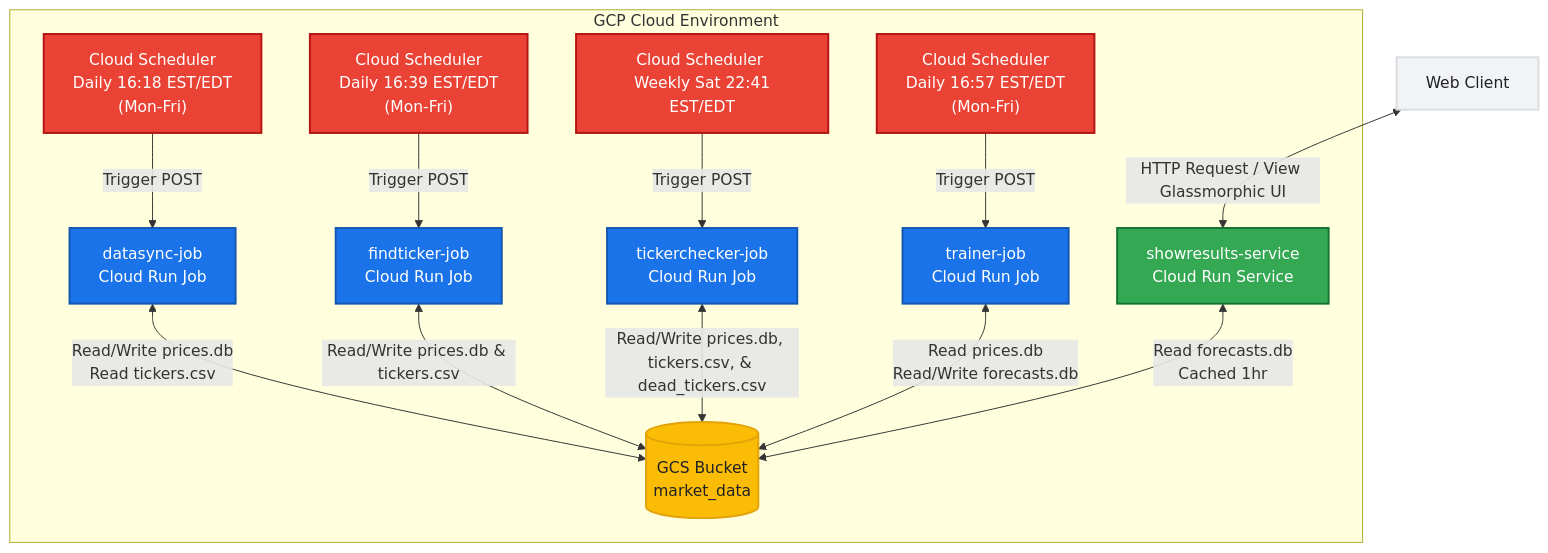
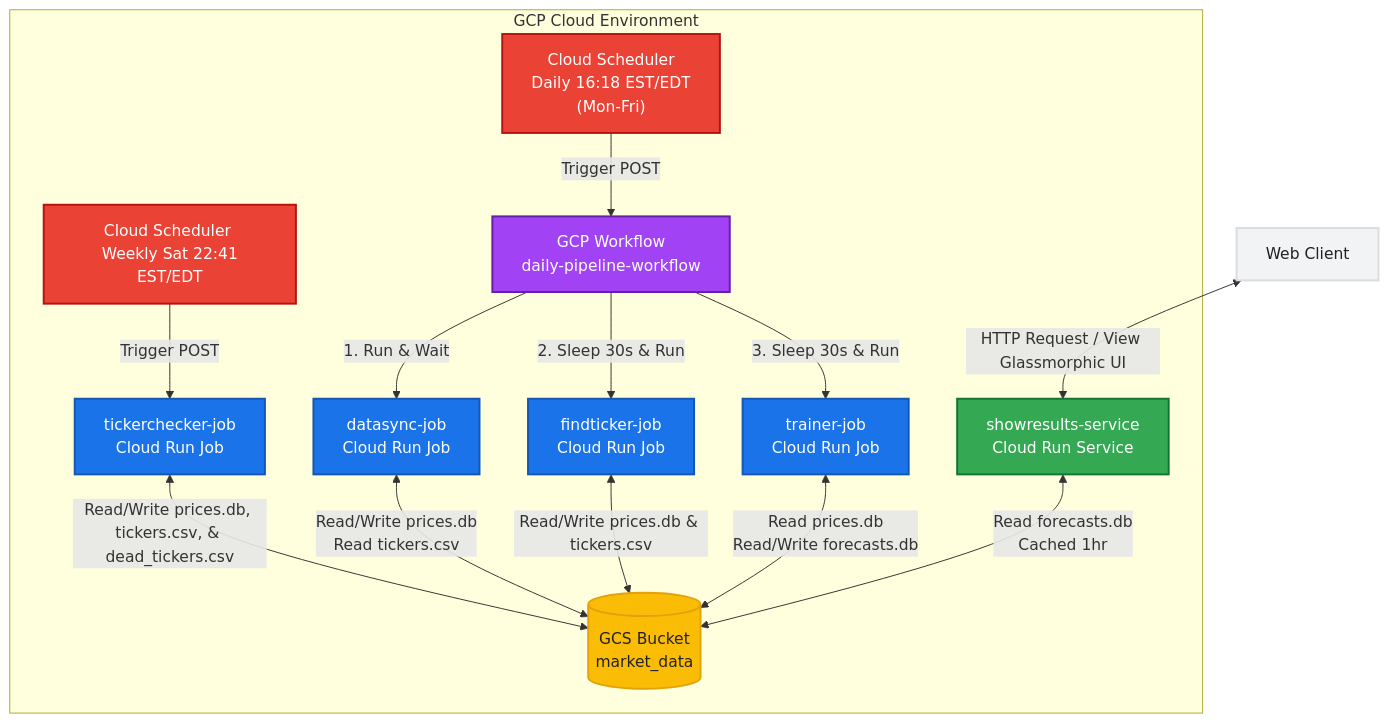
One commit to ulf1/trading-regime changed the first of 3 diagrams in docs/README.md. Above: the diagram before and after it, drawn with Mermaid. The commit also changed other lines of this file and 1 other file, not shown here.

Commit message:
chore: integrate GCP Workflows to orchestrate daily pipeline jobs and update documentation

````diff
--- a/docs/README.md
+++ b/docs/README.md
@@ -26,48 +26,52 @@
 ```mermaid
 flowchart TB
     %% Styling and Theme
     classDef scheduler fill:#ea4335,stroke:#b31412,stroke-width:2px,color:#fff;
+    classDef workflow fill:#a142f4,stroke:#681da8,stroke-width:2px,color:#fff;
     classDef runJob fill:#1a73e8,stroke:#1557b0,stroke-width:2px,color:#fff;
     classDef storage fill:#fbbc05,stroke:#e3a209,stroke-width:2px,color:#202124;
     classDef web fill:#34a853,stroke:#137333,stroke-width:2px,color:#fff;
     classDef client fill:#f1f3f4,stroke:#dadce0,stroke-width:2px,color:#202124;
 
     subgraph GCP Cloud Environment
         %% Schedulers
-        SyncSched["Cloud Scheduler <br> Daily 16:18 EST/EDT <br> (Mon-Fri)"]:::scheduler
-        FindSched["Cloud Scheduler <br> Daily 16:39 EST/EDT <br> (Mon-Fri)"]:::scheduler
+        DailyWorkflowSched["Cloud Scheduler <br> Daily 16:18 EST/EDT <br> (Mon-Fri)"]:::scheduler
         CheckSched["Cloud Scheduler <br> Weekly Sat 22:41 EST/EDT"]:::scheduler
-        TrainSched["Cloud Scheduler <br> Daily 16:57 EST/EDT <br> (Mon-Fri)"]:::scheduler
+
+        %% Workflows
+        DailyWorkflow["GCP Workflow <br> daily-pipeline-workflow"]:::workflow
 
         %% Cloud Run Jobs
         SyncJob["datasync-job <br> Cloud Run Job"]:::runJob
         FindJob["findticker-job <br> Cloud Run Job"]:::runJob
         CheckJob["tickerchecker-job <br> Cloud Run Job"]:::runJob
         TrainJob["trainer-job <br> Cloud Run Job"]:::runJob
 
         %% GCS Storage
         GCS[("GCS Bucket <br> market_data")]:::storage
         
         %% Web Service
         WebService["showresults-service <br> Cloud Run Service"]:::web
     end
 
     %% Client Layer
     User[Web Client]:::client
 
     %% Ingestion Schedules to Jobs
-    SyncSched -->|Trigger POST| SyncJob
-    FindSched -->|Trigger POST| FindJob
+    DailyWorkflowSched -->|Trigger POST| DailyWorkflow
+    DailyWorkflow -->|1. Run & Wait| SyncJob
+    DailyWorkflow -->|2. Sleep 30s & Run| FindJob
+    DailyWorkflow -->|3. Sleep 30s & Run| TrainJob
+    
     CheckSched -->|Trigger POST| CheckJob
-    TrainSched -->|Trigger POST| TrainJob
 
     %% Cloud Storage interactions
     SyncJob <-->|Read/Write prices.db <br> Read tickers.csv| GCS
     FindJob <-->|Read/Write prices.db & tickers.csv| GCS
     CheckJob <-->|Read/Write prices.db, tickers.csv, & dead_tickers.csv| GCS
     TrainJob <-->|Read prices.db <br> Read/Write forecasts.db| GCS
     WebService <-->|Read forecasts.db <br> Cached 1hr| GCS
 
     %% Web service user traffic
     User <-->|HTTP Request / View Glassmorphic UI| WebService
 ```
````
